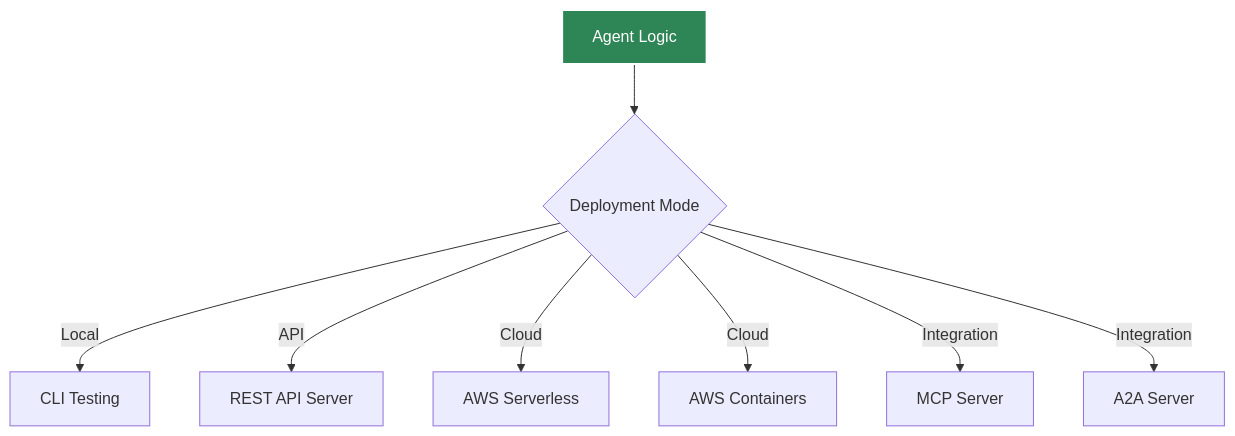
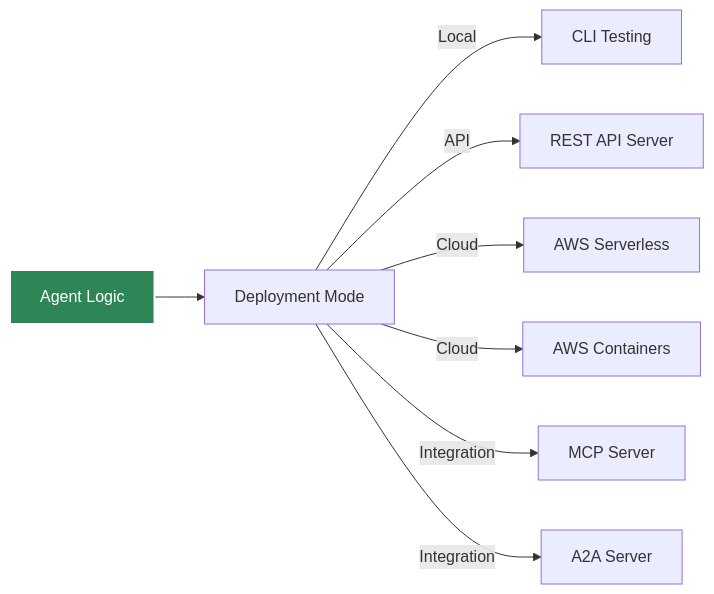
The second of 2 diagrams in docs/docs/intro.md (yaalalabs/agent-kernel), drawn with Mermaid before and after one commit. The commit also changed other lines of this file and 4 other files, not shown here.

````diff
--- a/docs/docs/intro.md
+++ b/docs/docs/intro.md
@@ -79,12 +82,14 @@
 ```mermaid
-graph TD
-    A[Agent Logic] --> B{Deployment Mode}
-    B -->|Local| C[CLI Testing]
-    B -->|API| D[REST API Server]
-    B -->|Cloud| E[AWS Serverless]
-    B -->|Cloud| F[AWS Containers]
-    B -->|Integration| G[MCP Server]
-    B -->|Integration| H[A2A Server]
-    
+---
+config:
+  layout: dagre
+  elk: true
+---
+flowchart LR
+    A["Agent Logic"] --> B["Deployment Mode"]
+    B -- Local --> C["CLI Testing"]
+    B -- API --> D["REST API Server"]
+    B -- Cloud --> E["AWS Serverless"] & F["AWS Containers"]
+    B -- Integration --> G["MCP Server"] & H["A2A Server"]
     style A fill:#2e8555,stroke:#fff,stroke-width:2px,color:#fff
 ```
````
